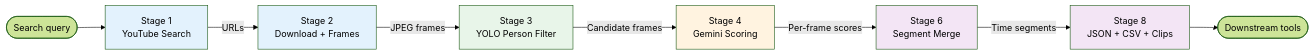
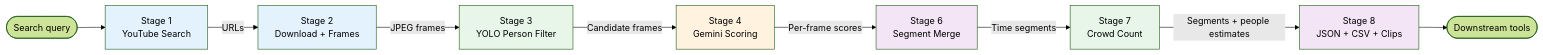
One commit to Samarth2405/auto-data-collect changed the first of 3 diagrams in ARCHITECTURE.md. Above: the diagram before and after it, drawn with Mermaid (forest theme). The commit also changed other lines of this file and 11 other files, not shown here.

First line of the commit message:
Split clips at scene cuts and add local crowd counting

````diff
--- a/ARCHITECTURE.md
+++ b/ARCHITECTURE.md
@@ -49,17 +50,19 @@
 ```mermaid
 flowchart LR
     Q([Search query]) --> S1[Stage 1<br/>YouTube Search]
     S1 -->|URLs| S2[Stage 2<br/>Download + Frames]
     S2 -->|JPEG frames| S3[Stage 3<br/>YOLO Person Filter]
     S3 -->|Candidate frames| S4[Stage 4<br/>Gemini Scoring]
     S4 -->|Per-frame scores| S6[Stage 6<br/>Segment Merge]
-    S6 -->|Time segments| S8[Stage 8<br/>JSON + CSV + Clips]
+    S6 -->|Time segments| S7[Stage 7<br/>Crowd Count]
+    S7 -->|Segments + people estimates| S8[Stage 8<br/>JSON + CSV + Clips]
     S8 --> R([Downstream tools])
 
     style S3 fill:#e8f5e9
     style S4 fill:#fff3e0
     style S1 fill:#e3f2fd
     style S2 fill:#e3f2fd
     style S6 fill:#f3e5f5
+    style S7 fill:#e8f5e9
     style S8 fill:#f3e5f5
 ```
````
